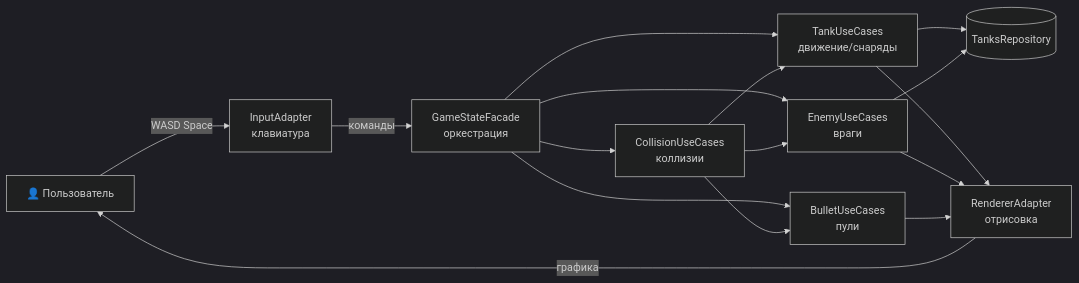
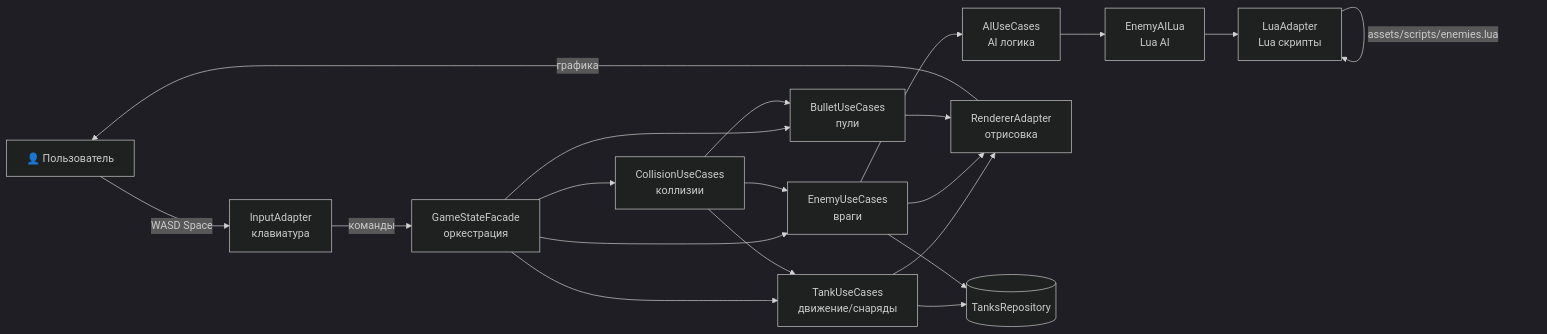
The second of 3 diagrams in README.md (shpaker/tnk9x), drawn with Mermaid (dark theme) before and after one commit. The commit also changed other lines of this file and 5 other files, not shown here.

````diff
--- a/README.md
+++ b/README.md
@@ -126,28 +137,35 @@
 ```mermaid
 graph LR
     User[👤 Пользователь]
     Input[InputAdapter<br/>клавиатура]
     Facade[GameStateFacade<br/>оркестрация]
     Tank[TankUseCases<br/>движение/снаряды]
     Enemy[EnemyUseCases<br/>враги]
+    AI[AIUseCases<br/>AI логика]
+    AILua[EnemyAILua<br/>Lua AI]
+    Lua[LuaAdapter<br/>Lua скрипты]
     Bullet[BulletUseCases<br/>пули]
     Collision[CollisionUseCases<br/>коллизии]
     Render[RendererAdapter<br/>отрисовка]
     TanksRepo[(TanksRepository)]
     
     User -->|WASD Space| Input
     Input -->|команды| Facade
     Facade --> Tank
     Facade --> Enemy
     Facade --> Bullet
     Facade --> Collision
+    Enemy --> AI
+    AI --> AILua
+    AILua --> Lua
+    Lua -->|assets/scripts/enemies.lua| Lua
     Tank --> TanksRepo
     Enemy --> TanksRepo
     Collision --> Tank
     Collision --> Enemy
     Collision --> Bullet
     Tank --> Render
     Enemy --> Render
     Bullet --> Render
     Render -->|графика| User
 ```
````
